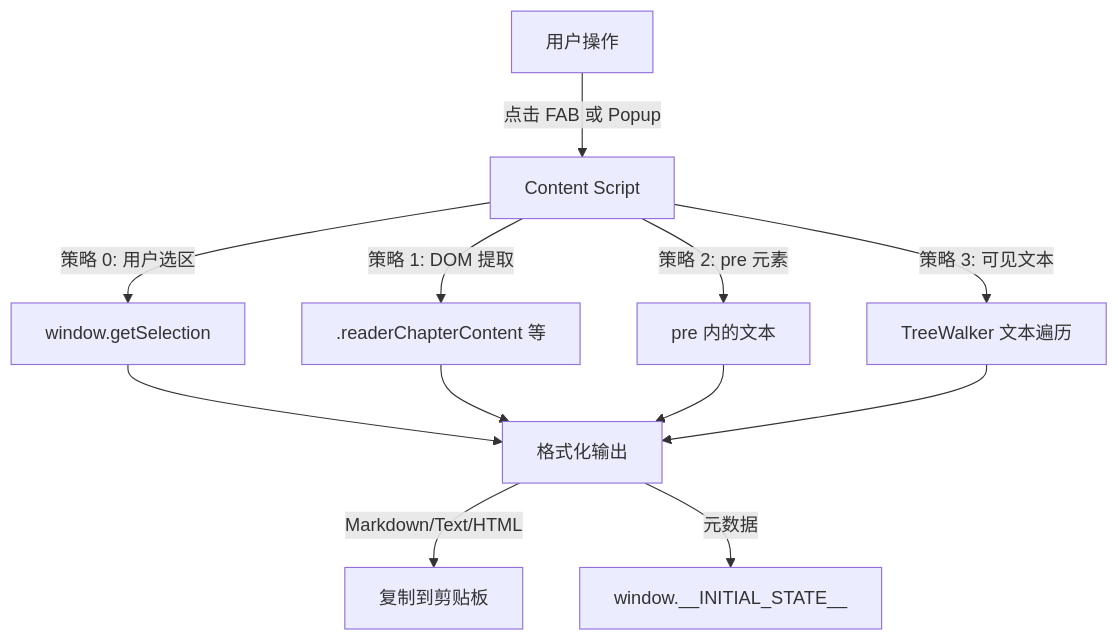
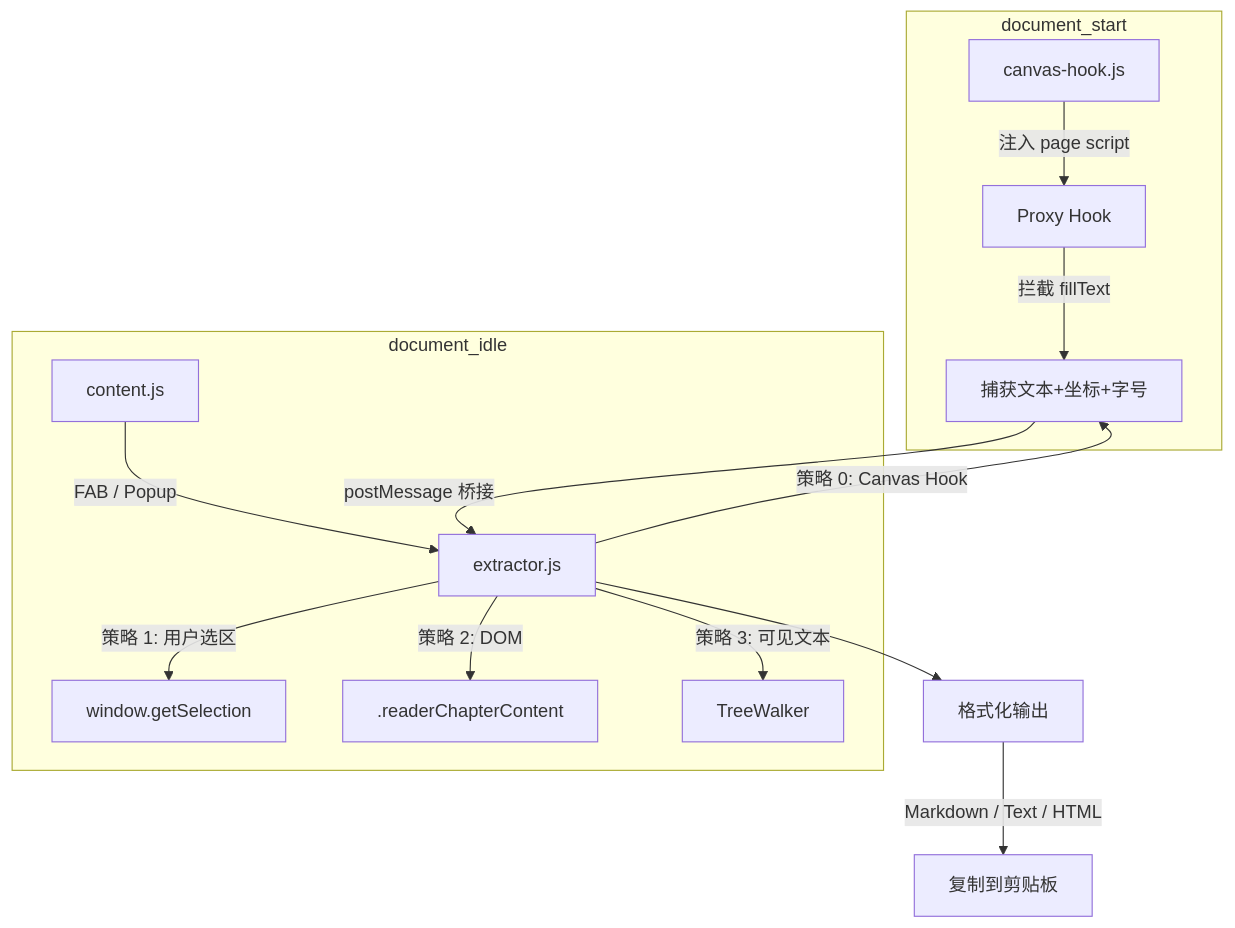
Before and after one commit to Harryleft/wechatread-content-extractor-plugin: the diagram in CLAUDE.md, drawn with Mermaid. The commit also changed other lines of this file, not shown here.

Commit message:
docs: update CLAUDE.md with Canvas hook architecture

````diff
--- a/CLAUDE.md
+++ b/CLAUDE.md
@@ -9,14 +9,19 @@
 ```mermaid
 graph TD
-    A[用户操作] -->|点击 FAB 或 Popup| B[Content Script]
-    B -->|策略 0: 用户选区| C[window.getSelection]
-    B -->|策略 1: DOM 提取| D[.readerChapterContent 等]
-    B -->|策略 2: pre 元素| E[pre 内的文本]
-    B -->|策略 3: 可见文本| F[TreeWalker 文本遍历]
-    C --> G[格式化输出]
-    D --> G
-    E --> G
-    F --> G
-    G -->|Markdown/Text/HTML| H[复制到剪贴板]
-    G -->|元数据| I[window.__INITIAL_STATE__]
+    subgraph "document_start"
+        CH[canvas-hook.js] -->|注入 page script| PH[Proxy Hook]
+        PH -->|拦截 fillText| CAP[捕获文本+坐标+字号]
+    end
+
+    subgraph "document_idle"
+        EX[extractor.js] -->|策略 0: Canvas Hook| CAP
+        EX -->|策略 1: 用户选区| SEL[window.getSelection]
+        EX -->|策略 2: DOM| DOM[.readerChapterContent]
+        EX -->|策略 3: 可见文本| VIS[TreeWalker]
+        UI[content.js] -->|FAB / Popup| EX
+    end
+
+    CAP -->|postMessage 桥接| EX
+    EX --> FMT[格式化输出]
+    FMT -->|Markdown / Text / HTML| CP[复制到剪贴板]
 ```
````
